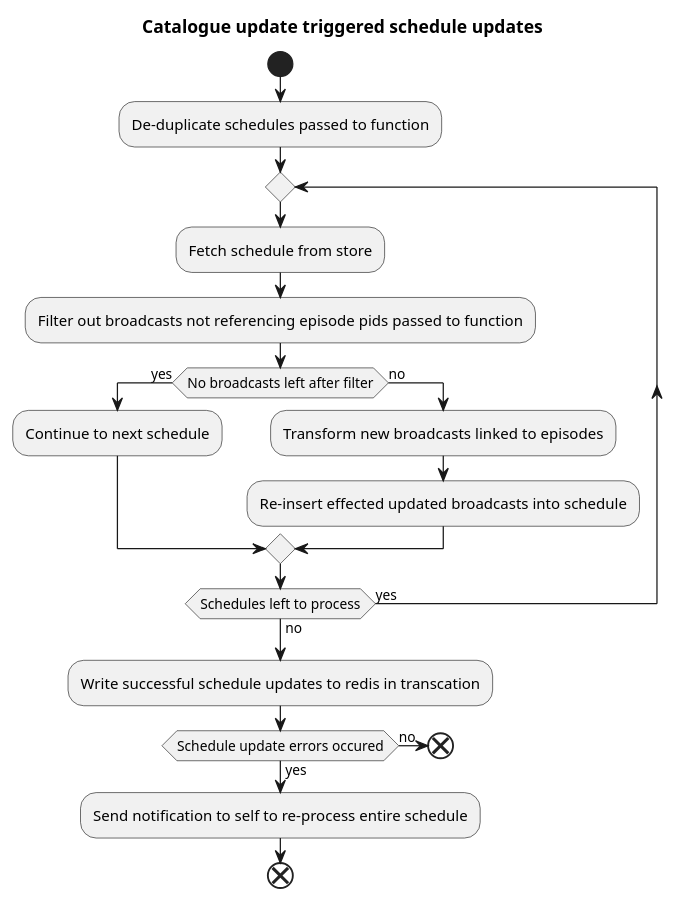
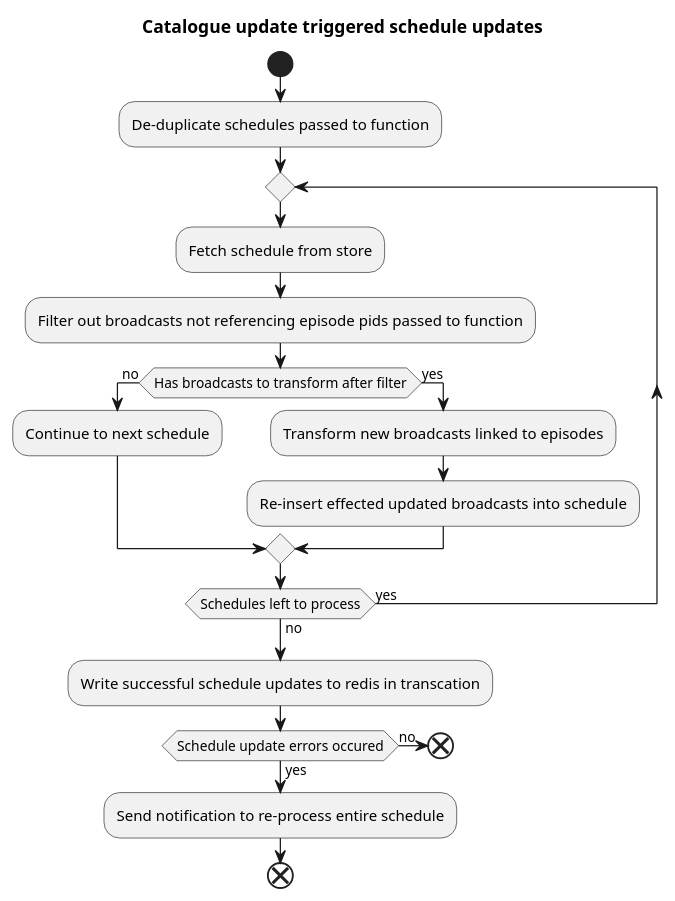
The diagram in diagrams/activity/sharedCatalogueUpdateCode.puml (OMBowkerBBC/DC4400-Report), drawn with PlantUML before and after one commit. The commit also changed 7 other files, not shown here.

```diff
--- a/diagrams/activity/sharedCatalogueUpdateCode.puml
+++ b/diagrams/activity/sharedCatalogueUpdateCode.puml
@@ -1,25 +1,25 @@
 @startuml Catalogue update triggered schedule updates
 title Catalogue update triggered schedule updates
 
 start
   :De-duplicate schedules passed to function;
   repeat
     :Fetch schedule from store;
     :Filter out broadcasts not referencing episode pids passed to function;
-    if (No broadcasts left after filter) then (yes)
+    if (Has broadcasts to transform after filter) then (no)
       :Continue to next schedule;
-    else (no)
+    else (yes)
       :Transform new broadcasts linked to episodes;
       :Re-insert effected updated broadcasts into schedule;
     endif
   repeat while (Schedules left to process) is (yes) not (no);
 
   :Write successful schedule updates to redis in transcation;
   if (Schedule update errors occured) then (yes)
-    :Send notification to self to re-process entire schedule;
+    :Send notification to re-process entire schedule;
     end
   else (no)
     end
   endif
 
 @enduml
```
